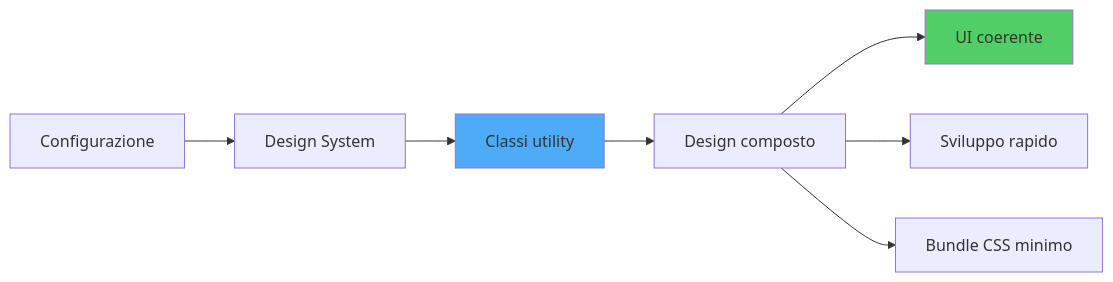
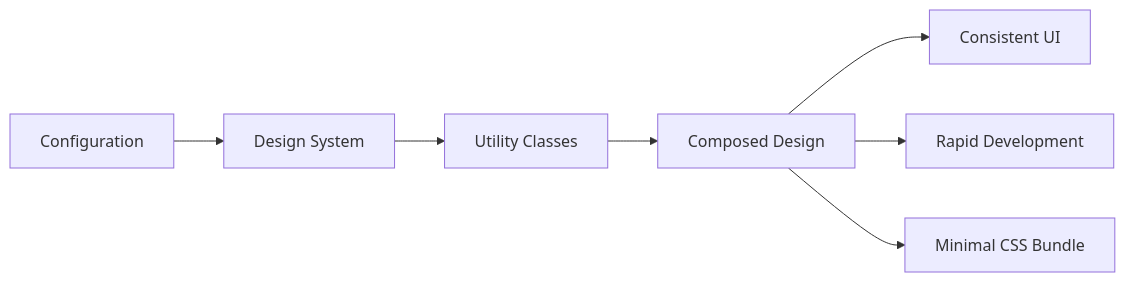
Before and after one commit to BabaScience/react-guides: the fourth of 6 diagrams in arguments/chapters/it/04-react-styling.md, drawn with Mermaid. The commit also changed other lines of this file and 29 other files, not shown here.

First line of the commit message:
Bring React FR/IT translations to full English parity + theme-safe diagrams

````diff
--- a/arguments/chapters/it/04-react-styling.md
+++ b/arguments/chapters/it/04-react-styling.md
@@ -164,13 +1288,11 @@
 ```mermaid
 graph LR
-    A[Classi utility] --> B[Design composto]
+    A[Utility Classes] --> B[Composed Design]
     C[Design System] --> A
-    D[Configurazione] --> C
+    D[Configuration] --> C
     
-    B --> E[UI coerente]
-    B --> F[Sviluppo rapido]
-    B --> G[Bundle CSS minimo]
+    B --> E[Consistent UI]
+    B --> F[Rapid Development]
+    B --> G[Minimal CSS Bundle]
     
-    style A fill:#4dabf7
-    style E fill:#51cf66
 ```
````
